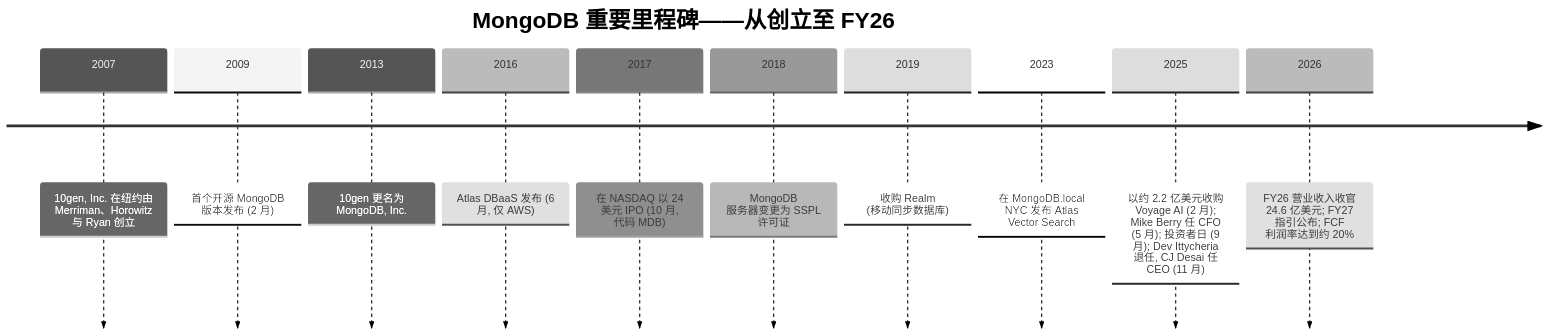
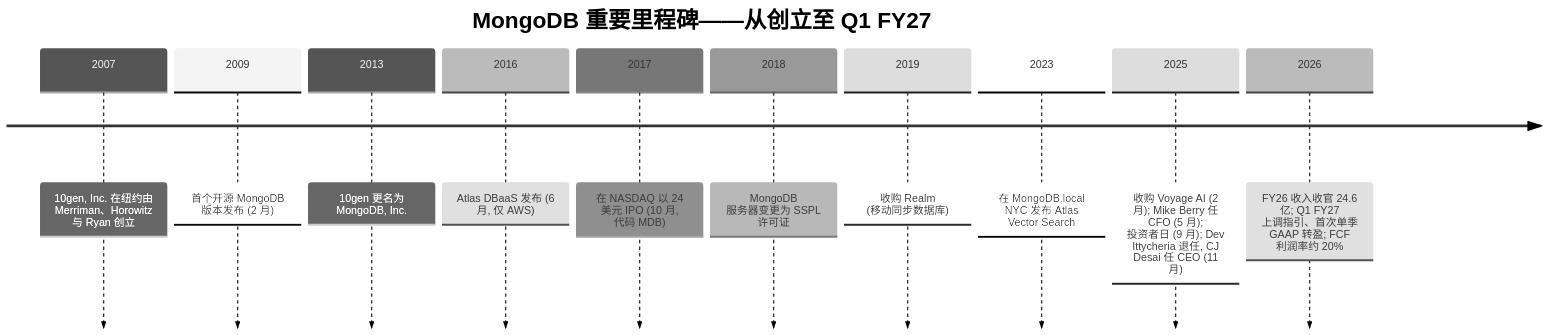
Before and after one commit to dadachundan/financial_agent: the first of 3 diagrams in reports/company/MongoDB_NASDAQ_MDB/MongoDB_NASDAQ_MDB_公司研究.md, drawn with Mermaid (neutral theme). The commit also changed other lines of this file and 9 other files, not shown here.

````diff
--- a/reports/company/MongoDB_NASDAQ_MDB/MongoDB_NASDAQ_MDB_公司研究.md
+++ b/reports/company/MongoDB_NASDAQ_MDB/MongoDB_NASDAQ_MDB_公司研究.md
@@ -65,14 +440,14 @@
 ```mermaid
 timeline
-    title MongoDB 重要里程碑——从创立至 FY26
+    title MongoDB 重要里程碑——从创立至 Q1 FY27
     2007 : 10gen, Inc. 在纽约由 Merriman、Horowitz 与 Ryan 创立
     2009 : 首个开源 MongoDB 版本发布 (2 月)
     2013 : 10gen 更名为 MongoDB, Inc.
     2016 : Atlas DBaaS 发布 (6 月, 仅 AWS)
     2017 : 在 NASDAQ 以 24 美元 IPO (10 月, 代码 MDB)
     2018 : MongoDB 服务器变更为 SSPL 许可证
     2019 : 收购 Realm (移动同步数据库)
     2023 : 在 MongoDB.local NYC 发布 Atlas Vector Search
-    2025 : 以约 2.2 亿美元收购 Voyage AI (2 月); Mike Berry 任 CFO (5 月); 投资者日 (9 月); Dev Ittycheria 退任, CJ Desai 任 CEO (11 月)
-    2026 : FY26 营业收入收官 24.6 亿美元; FY27 指引公布; FCF 利润率达到约 20%
+    2025 : 收购 Voyage AI (2 月); Mike Berry 任 CFO (5 月); 投资者日 (9 月); Dev Ittycheria 退任, CJ Desai 任 CEO (11 月)
+    2026 : FY26 收入收官 24.6 亿; Q1 FY27 上调指引、首次单季 GAAP 转盈; FCF 利润率约 20%
 ```
````
